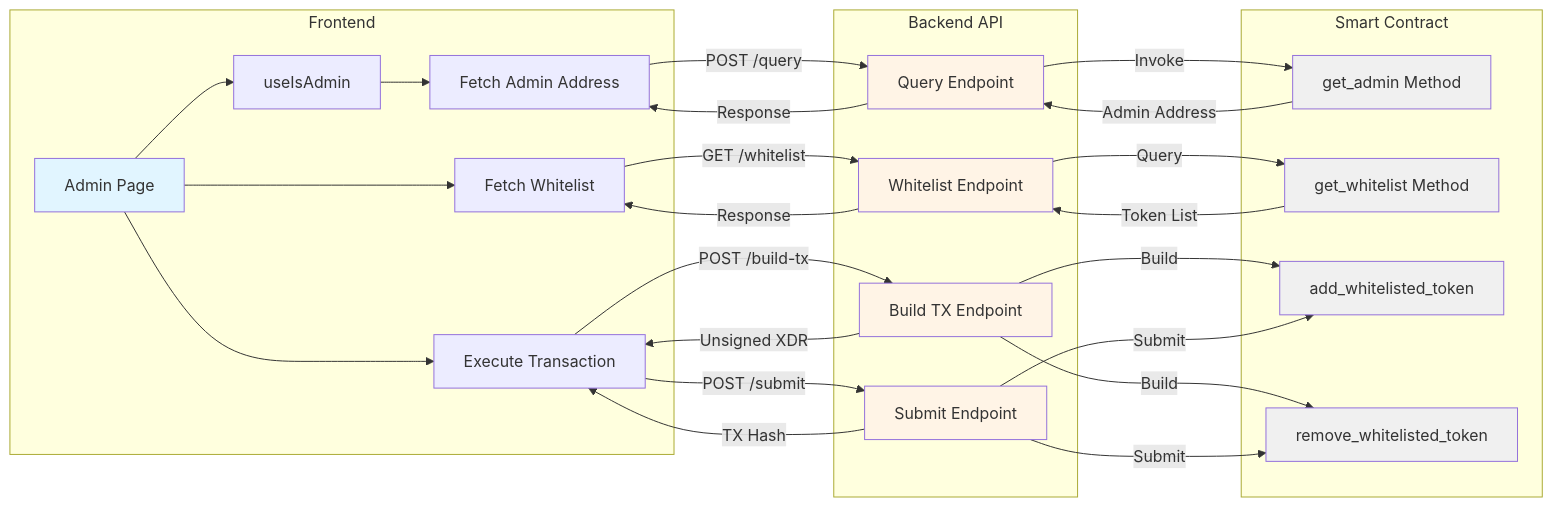
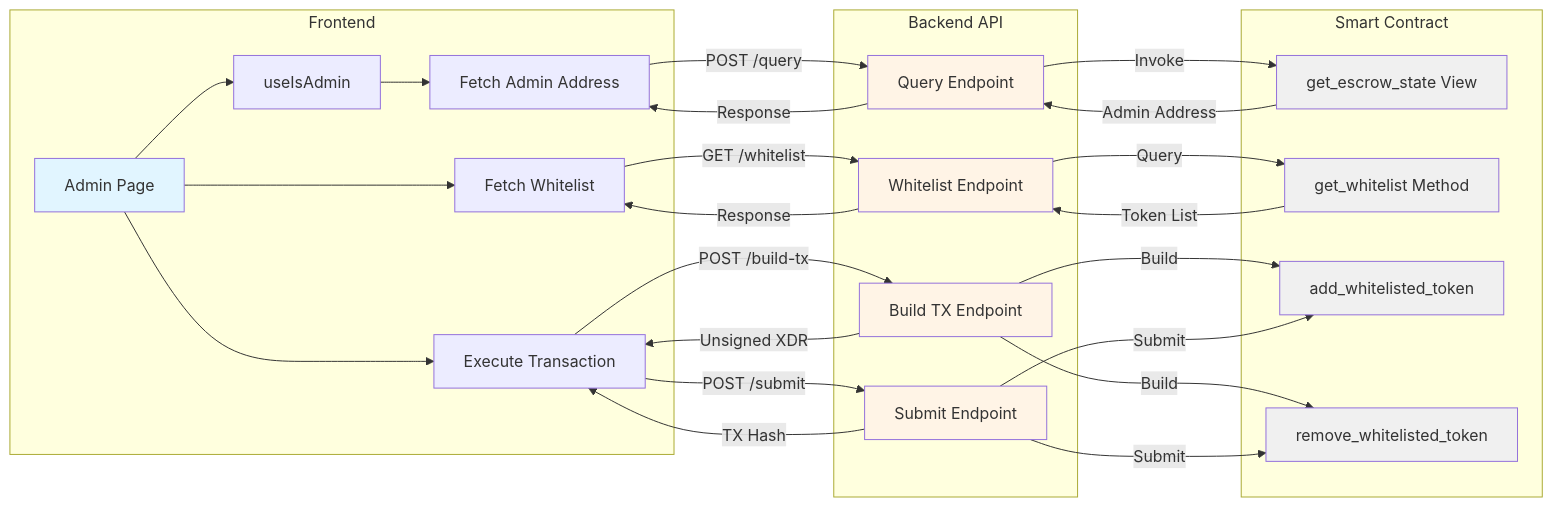
Before and after one commit to Goldii-locks/escrow-frontend: the seventh of 8 diagrams in docs/admin-flow-diagram.md, drawn with Mermaid. The commit also changed other lines of this file and 29 other files, not shown here.

````diff
--- a/docs/admin-flow-diagram.md
+++ b/docs/admin-flow-diagram.md
@@ -244,53 +244,53 @@
 ```mermaid
 flowchart LR
     subgraph Frontend
         A[Admin Page] --> B[useIsAdmin]
         B --> C[Fetch Admin Address]
         A --> D[Fetch Whitelist]
         A --> E[Execute Transaction]
     end
 
     subgraph Backend API
         F[Query Endpoint]
         G[Whitelist Endpoint]
         H[Build TX Endpoint]
         I[Submit Endpoint]
     end
 
     subgraph Smart Contract
-        J[get_admin Method]
+        J[get_escrow_state View]
         K[get_whitelist Method]
         L[add_whitelisted_token]
         M[remove_whitelisted_token]
     end
 
     C -->|POST /query| F
     F -->|Invoke| J
     J -->|Admin Address| F
     F -->|Response| C
 
     D -->|GET /whitelist| G
     G -->|Query| K
     K -->|Token List| G
     G -->|Response| D
 
     E -->|POST /build-tx| H
     H -->|Build| L
     H -->|Build| M
     H -->|Unsigned XDR| E
 
     E -->|POST /submit| I
     I -->|Submit| L
     I -->|Submit| M
     I -->|TX Hash| E
 
     style A fill:#e1f5ff
     style F fill:#fff4e6
     style G fill:#fff4e6
     style H fill:#fff4e6
     style I fill:#fff4e6
     style J fill:#f0f0f0
     style K fill:#f0f0f0
     style L fill:#f0f0f0
     style M fill:#f0f0f0
 ```
````
